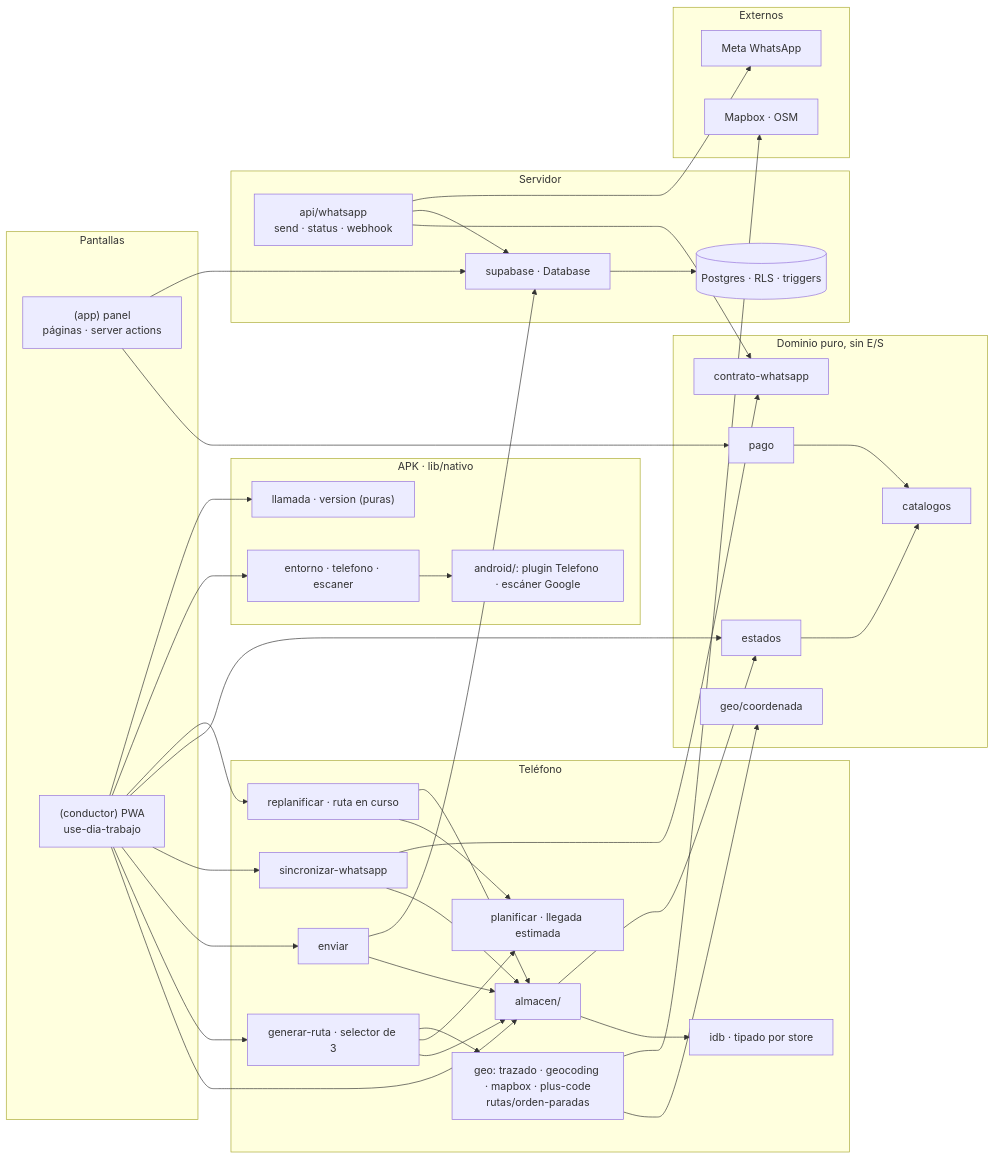
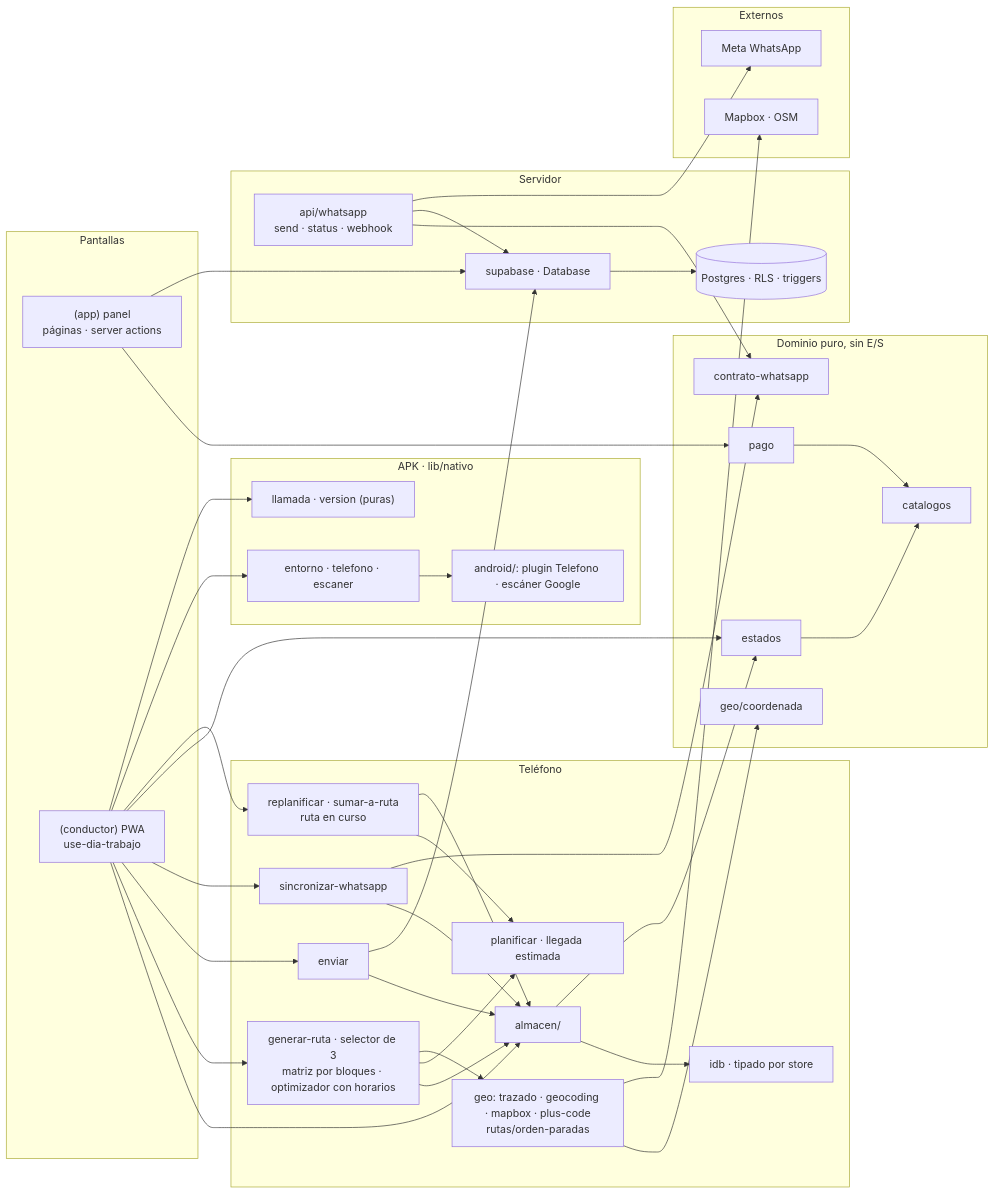
The third of 3 diagrams in docs/CLASES.md (etianypr/ProyectoAres), drawn with Mermaid before and after one commit. The commit also changed other lines of this file and 22 other files, not shown here.

First line of the commit message:
Spec 017: rutas (matriz por bloques, optimizador con horarios, pedidos de pasada)

````diff
--- a/docs/CLASES.md
+++ b/docs/CLASES.md
@@ -194,68 +206,68 @@
 ```mermaid
 flowchart LR
   subgraph UI["Pantallas"]
     panel["(app) panel<br/>páginas · server actions"]
     conductor["(conductor) PWA<br/>use-dia-trabajo"]
   end
   subgraph Dominio["Dominio puro, sin E/S"]
     catalogos["catalogos"]
     estados["estados"]
     pago["pago"]
     contrato["contrato-whatsapp"]
     coord["geo/coordenada"]
   end
   subgraph Telefono["Teléfono"]
     almacen["almacen/"]
     idb["idb · tipado por store"]
-    generar["generar-ruta · selector de 3"]
+    generar["generar-ruta · selector de 3<br/>matriz por bloques · optimizador con horarios"]
     planificar["planificar · llegada estimada"]
-    replan["replanificar · ruta en curso"]
+    replan["replanificar · sumar-a-ruta<br/>ruta en curso"]
     enviar["enviar"]
     wsl["sincronizar-whatsapp"]
     rutas["geo: trazado · geocoding · mapbox · plus-code<br/>rutas/orden-paradas"]
   end
   subgraph Nativo["APK · lib/nativo"]
     nat["entorno · telefono · escaner"]
     llamada["llamada · version (puras)"]
     plugin["android/: plugin Telefono · escáner Google"]
   end
   subgraph Servidor["Servidor"]
     api["api/whatsapp<br/>send · status · webhook"]
     supa["supabase · Database"]
     pg[("Postgres · RLS · triggers")]
   end
   subgraph Externos["Externos"]
     mapbox["Mapbox · OSM"]
     meta["Meta WhatsApp"]
   end
   panel --> pago
   panel --> supa
   conductor --> almacen
   conductor --> generar
   conductor --> enviar
   conductor --> wsl
   conductor --> estados
   almacen --> idb
   almacen --> estados
   generar --> almacen
   generar --> planificar
   generar --> rutas
   conductor --> replan
   conductor --> nat
   conductor --> llamada
   nat --> plugin
   replan --> planificar
   replan --> almacen
   rutas --> coord
   rutas --> mapbox
   enviar --> almacen
   enviar --> supa
   wsl --> almacen
   wsl --> contrato
   api --> contrato
   api --> supa
   api --> meta
   supa --> pg
   estados --> catalogos
   pago --> catalogos
 ```
````
